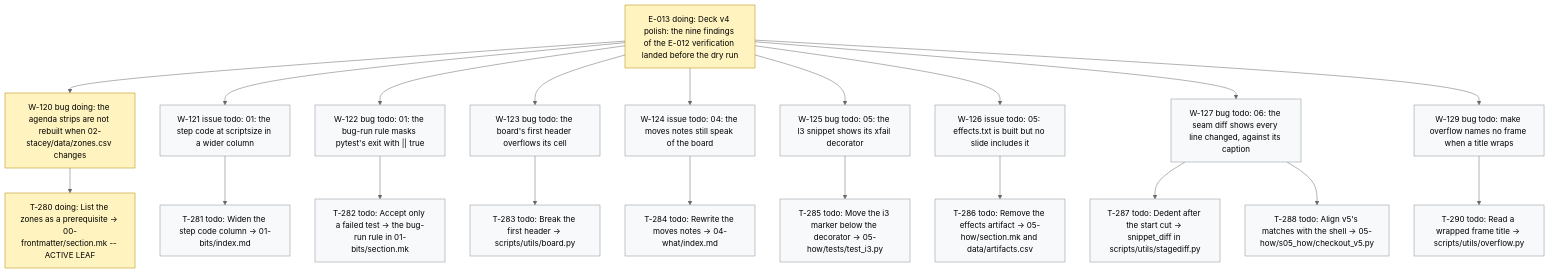
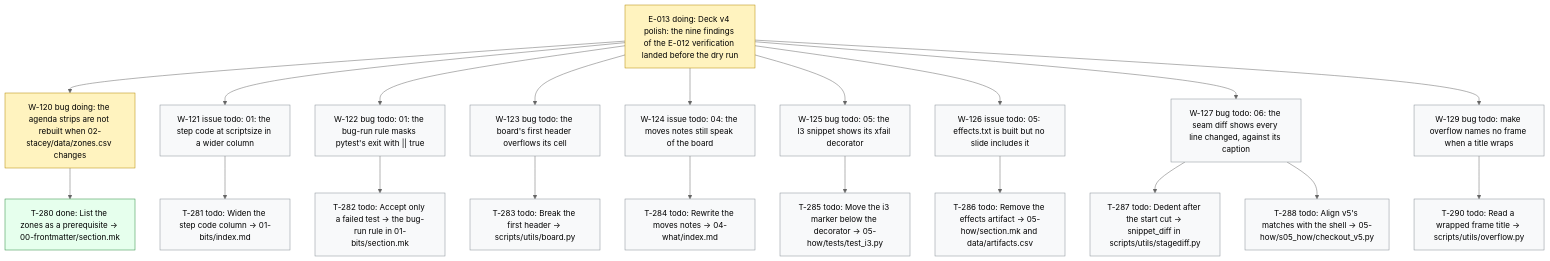
Before and after one commit to dpopchev/chaos-to-simple: the diagram in .board/BOARD.md, drawn with Mermaid (neutral theme). The commit also changed other lines of this file and 1 other file, not shown here.

Commit message:
chore(board): close T-280 -- W-120 ready to land
Refs: W-120 T-280

````diff
--- a/.board/BOARD.md
+++ b/.board/BOARD.md
@@ -729,30 +729,31 @@
 ```mermaid
 flowchart TD
   E013["E-013 doing: Deck v4 polish: the nine findings of the E-012 verification landed before the dry run"]
   E013 --> W120["W-120 bug doing: the agenda strips are not rebuilt when 02-stacey/data/zones.csv changes"]
-  W120 --> T280["T-280 doing: List the zones as a prerequisite -> 00-frontmatter/section.mk -- ACTIVE LEAF"]
+  W120 --> T280["T-280 done: List the zones as a prerequisite -> 00-frontmatter/section.mk"]
   E013 --> W121["W-121 issue todo: 01: the step code at scriptsize in a wider column"]
   W121 --> T281["T-281 todo: Widen the step code column -> 01-bits/index.md"]
   E013 --> W122["W-122 bug todo: 01: the bug-run rule masks pytest's exit with || true"]
   W122 --> T282["T-282 todo: Accept only a failed test -> the bug-run rule in 01-bits/section.mk"]
   E013 --> W123["W-123 bug todo: the board's first header overflows its cell"]
   W123 --> T283["T-283 todo: Break the first header -> scripts/utils/board.py"]
   E013 --> W124["W-124 issue todo: 04: the moves notes still speak of the board"]
   W124 --> T284["T-284 todo: Rewrite the moves notes -> 04-what/index.md"]
   E013 --> W125["W-125 bug todo: 05: the I3 snippet shows its xfail decorator"]
   W125 --> T285["T-285 todo: Move the i3 marker below the decorator -> 05-how/tests/test_i3.py"]
   E013 --> W126["W-126 issue todo: 05: effects.txt is built but no slide includes it"]
   W126 --> T286["T-286 todo: Remove the effects artifact -> 05-how/section.mk and data/artifacts.csv"]
   E013 --> W127["W-127 bug todo: 06: the seam diff shows every line changed, against its caption"]
   W127 --> T287["T-287 todo: Dedent after the start cut -> snippet_diff in scripts/utils/stagediff.py"]
   W127 --> T288["T-288 todo: Align v5's matches with the shell -> 05-how/s05_how/checkout_v5.py"]
   E013 --> W129["W-129 bug todo: make overflow names no frame when a title wraps"]
   W129 --> T290["T-290 todo: Read a wrapped frame title -> scripts/utils/overflow.py"]
   classDef doing fill:#fff3bf,stroke:#b58900,color:#000;
   classDef blocked fill:#ffe3e3,stroke:#c92a2a,color:#000;
   classDef done fill:#e6ffed,stroke:#2b8a3e,color:#000;
   classDef todo fill:#f8f9fa,stroke:#868e96,color:#000;
   classDef pruned fill:#f1f3f5,stroke:#adb5bd,color:#000;
-  class E013,W120,T280 doing
+  class E013,W120 doing
+  class T280 done
   class W121,T281,W122,T282,W123,T283,W124,T284,W125,T285,W126,T286,W127,T287,T288,W129,T290 todo
 ```
````
